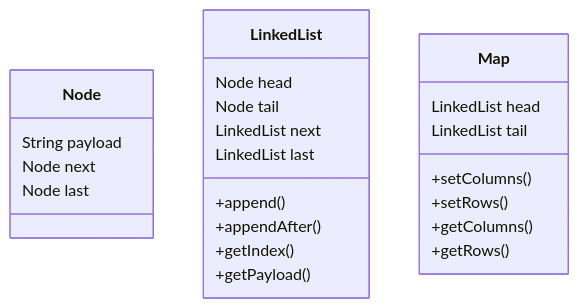
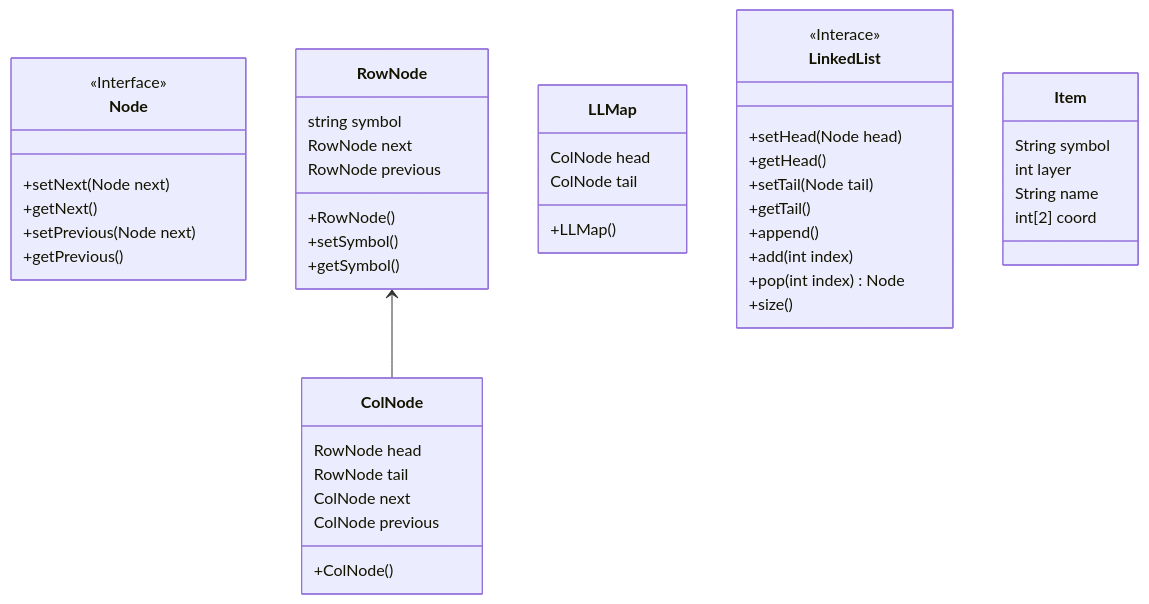
One commit to theblindkarp/roguelike-map changed the diagram in README.md. Above: the diagram before and after it, drawn with Mermaid.

````diff
--- a/README.md
+++ b/README.md
@@ -33,28 +33,55 @@
 ```mermaid
 classDiagram
     class Node {
-        String payload
-        Node next
-        Node last
+        +setNext(Node next)
+        +getNext()
+        +setPrevious(Node next)
+        +getPrevious()
+    }
+
+    <<Interface>> Node
+
+    class RowNode {
+        string symbol
+        RowNode next
+        RowNode previous
+        +RowNode()
+        +setSymbol()
+        +getSymbol()
+    }
+
+    class ColNode {
+        RowNode head
+        RowNode tail
+        ColNode next
+        ColNode previous
+        +ColNode()
+    }
+
+    class LLMap {
+        ColNode head
+        ColNode tail
+        +LLMap()
     }
 
     class LinkedList {
-        Node head
-        Node tail
-        LinkedList next
-        LinkedList last
+        +setHead(Node head)
+        +getHead()
+        +setTail(Node tail)
+        +getTail()
         +append()
-        +appendAfter()
-        +getIndex()
-        +getPayload()
+        +add(int index)
+        +pop(int index) Node
+        +size()
+    }
+    <<Interace>> LinkedList
+
+    class Item {
+        String symbol
+        int layer
+        String name
+        int[2] coord
     }
 
-    class Map {
-        LinkedList head
-        LinkedList tail
-        +setColumns()
-        +setRows()
-        +getColumns()
-        +getRows()
-    }
+    RowNode <-- ColNode
 ```
````
